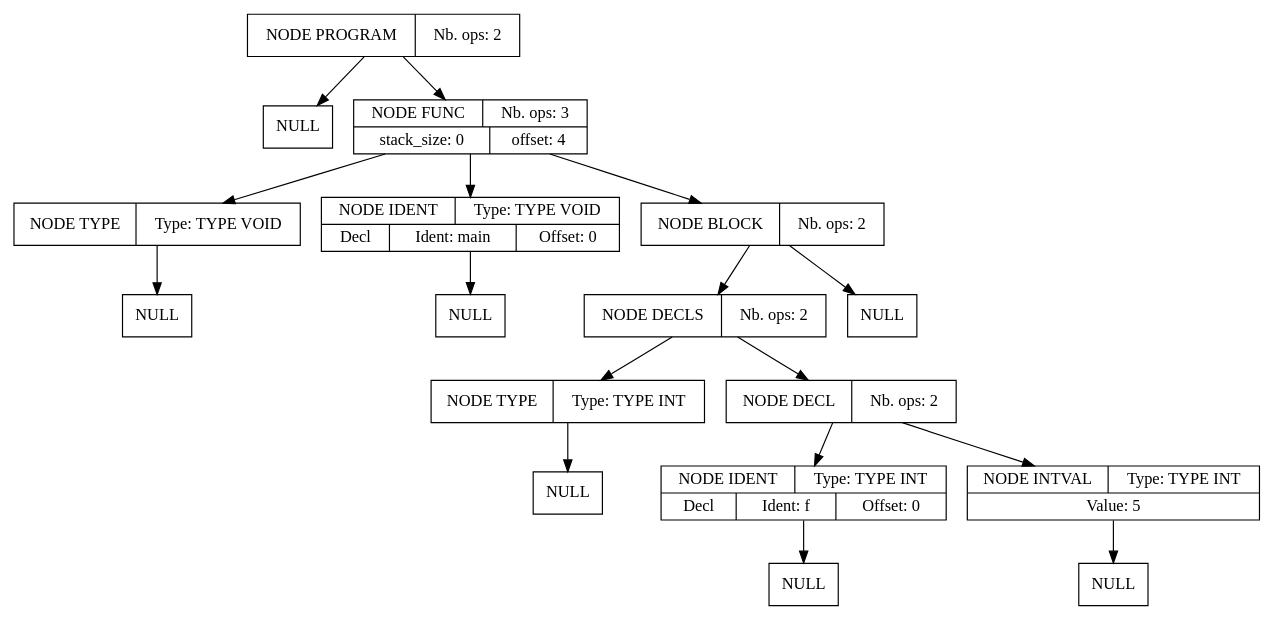
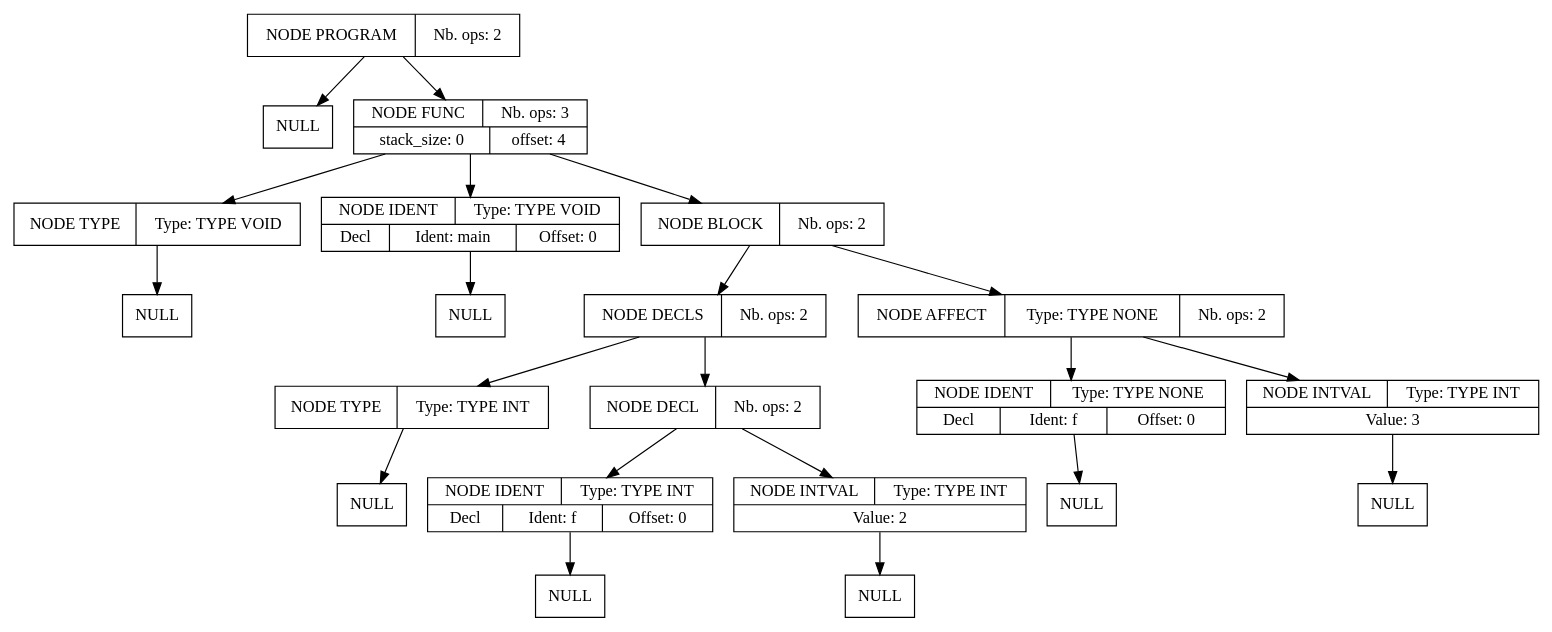
The diagram in projet_compilation_src/src/fichier_dump.dot (Serial-DeV/Compilation), drawn with Graphviz before and after one commit. The commit also changed 13 other files, not shown here.

```diff
--- a/projet_compilation_src/src/fichier_dump.dot
+++ b/projet_compilation_src/src/fichier_dump.dot
@@ -1,51 +1,63 @@
 digraph global_vars {
     N1 [shape=record, label="{{NODE PROGRAM|Nb. ops: 2}}"];
     N2 [shape=record, label="{{NULL}}"];
     edge[tailclip=true];
     N1 -> N2
     N3 [shape=record, label="{{NODE FUNC|Nb. ops: 3}|{stack_size: 0|offset: 4}}"];
     N4 [shape=record, label="{{NODE TYPE|Type: TYPE VOID}}"];
     N5 [shape=record, label="{{NULL}}"];
     edge[tailclip=true];
     N4 -> N5
     edge[tailclip=true];
     N3 -> N4
     N6 [shape=record, label="{{NODE IDENT|Type: TYPE VOID}|{<decl>Decl      |Ident: main|Offset: 0}}"];
     N7 [shape=record, label="{{NULL}}"];
     edge[tailclip=true];
     N6 -> N7
     edge[tailclip=true];
     N3 -> N6
     N8 [shape=record, label="{{NODE BLOCK|Nb. ops: 2}}"];
     N9 [shape=record, label="{{NODE DECLS|Nb. ops: 2}}"];
     N10 [shape=record, label="{{NODE TYPE|Type: TYPE INT}}"];
     N11 [shape=record, label="{{NULL}}"];
     edge[tailclip=true];
     N10 -> N11
     edge[tailclip=true];
     N9 -> N10
     N12 [shape=record, label="{{NODE DECL|Nb. ops: 2}}"];
     N13 [shape=record, label="{{NODE IDENT|Type: TYPE INT}|{<decl>Decl      |Ident: f|Offset: 0}}"];
     N14 [shape=record, label="{{NULL}}"];
     edge[tailclip=true];
     N13 -> N14
     edge[tailclip=true];
     N12 -> N13
-    N15 [shape=record, label="{{NODE INTVAL|Type: TYPE INT}|{Value: 5}}"];
+    N15 [shape=record, label="{{NODE INTVAL|Type: TYPE INT}|{Value: 2}}"];
     N16 [shape=record, label="{{NULL}}"];
     edge[tailclip=true];
     N15 -> N16
     edge[tailclip=true];
     N12 -> N15
     edge[tailclip=true];
     N9 -> N12
     edge[tailclip=true];
     N8 -> N9
-    N17 [shape=record, label="{{NULL}}"];
+    N17 [shape=record, label="{{NODE AFFECT|Type: TYPE NONE|Nb. ops: 2}}"];
+    N18 [shape=record, label="{{NODE IDENT|Type: TYPE NONE}|{<decl>Decl      |Ident: f|Offset: 0}}"];
+    N19 [shape=record, label="{{NULL}}"];
+    edge[tailclip=true];
+    N18 -> N19
+    edge[tailclip=true];
+    N17 -> N18
+    N20 [shape=record, label="{{NODE INTVAL|Type: TYPE INT}|{Value: 3}}"];
+    N21 [shape=record, label="{{NULL}}"];
+    edge[tailclip=true];
+    N20 -> N21
+    edge[tailclip=true];
+    N17 -> N20
     edge[tailclip=true];
     N8 -> N17
     edge[tailclip=true];
     N3 -> N8
     edge[tailclip=true];
     N1 -> N3
 }
```
